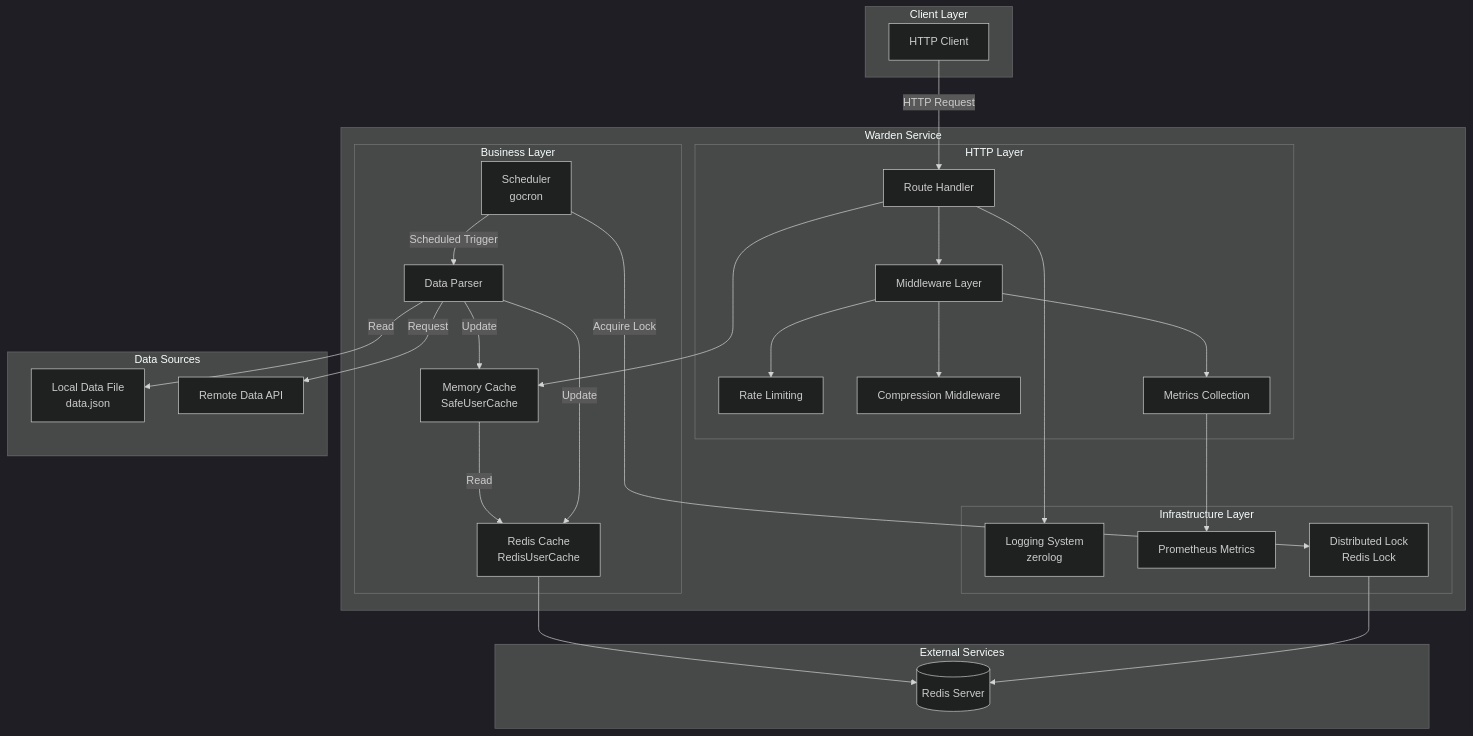
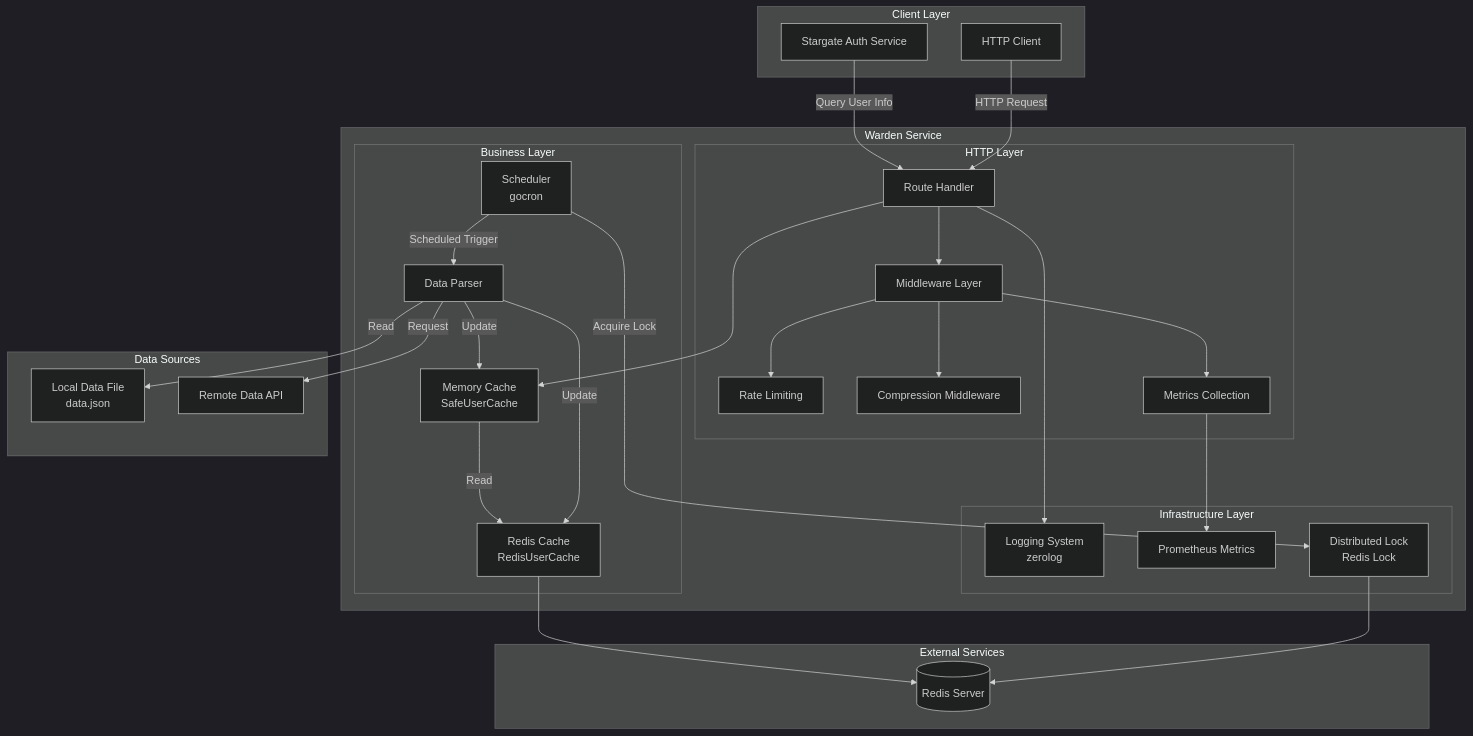
The first of 7 diagrams in docs/enUS/ARCHITECTURE.md (soulteary/warden), drawn with Mermaid (dark theme) before and after one commit. The commit also changed other lines of this file and 46 other files, not shown here.

````diff
--- a/docs/enUS/ARCHITECTURE.md
+++ b/docs/enUS/ARCHITECTURE.md
@@ -9,56 +11,58 @@
 ```mermaid
 graph TB
     subgraph "Client Layer"
+        Stargate[Stargate Auth Service]
         Client[HTTP Client]
     end
 
     subgraph "Warden Service"
         subgraph "HTTP Layer"
             Router[Route Handler]
             Middleware[Middleware Layer]
             RateLimit[Rate Limiting]
             Compress[Compression Middleware]
             Metrics[Metrics Collection]
         end
 
         subgraph "Business Layer"
             UserCache[Memory Cache<br/>SafeUserCache]
             RedisCache[Redis Cache<br/>RedisUserCache]
             Parser[Data Parser]
             Scheduler[Scheduler<br/>gocron]
         end
 
         subgraph "Infrastructure Layer"
             Logger[Logging System<br/>zerolog]
             Prometheus[Prometheus Metrics]
             RedisLock[Distributed Lock<br/>Redis Lock]
         end
     end
 
     subgraph "Data Sources"
         LocalFile[Local Data File<br/>data.json]
         RemoteAPI[Remote Data API]
     end
 
     subgraph "External Services"
         Redis[(Redis Server)]
     end
 
+    Stargate -->|Query User Info| Router
     Client -->|HTTP Request| Router
     Router --> Middleware
     Middleware --> RateLimit
     Middleware --> Compress
     Middleware --> Metrics
     Router --> UserCache
     UserCache -->|Read| RedisCache
     RedisCache --> Redis
     Scheduler -->|Scheduled Trigger| Parser
     Parser -->|Read| LocalFile
     Parser -->|Request| RemoteAPI
     Parser -->|Update| UserCache
     Parser -->|Update| RedisCache
     Scheduler -->|Acquire Lock| RedisLock
     RedisLock --> Redis
     Router --> Logger
     Metrics --> Prometheus
 ```
````
